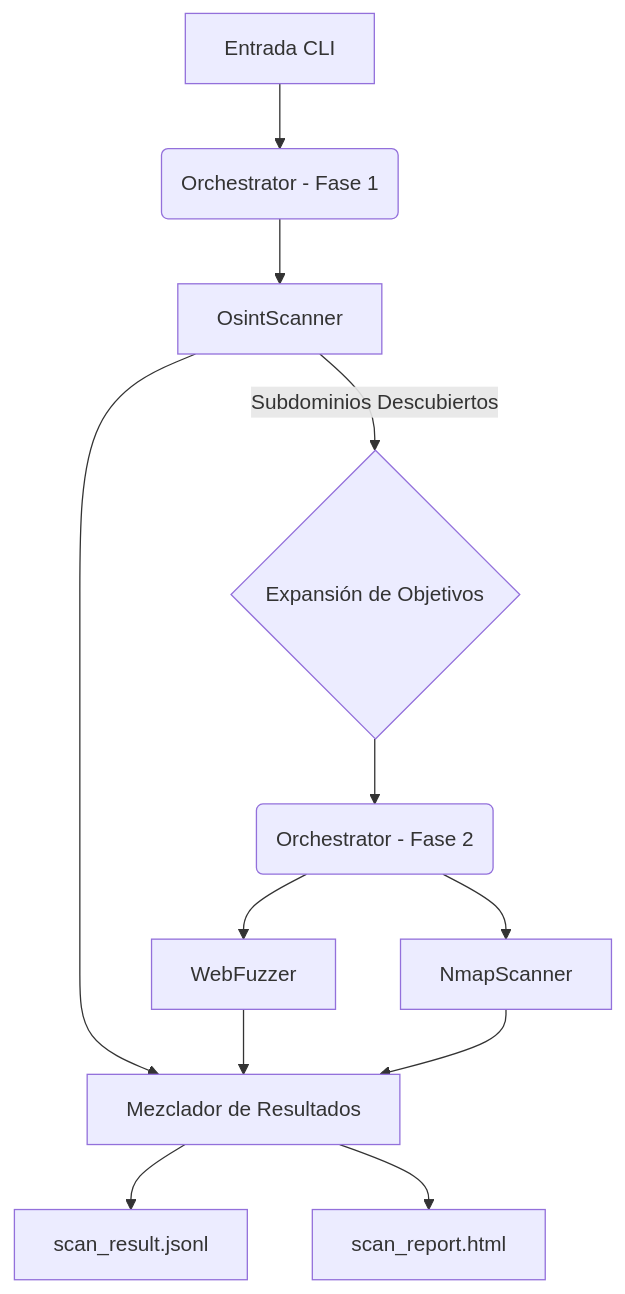
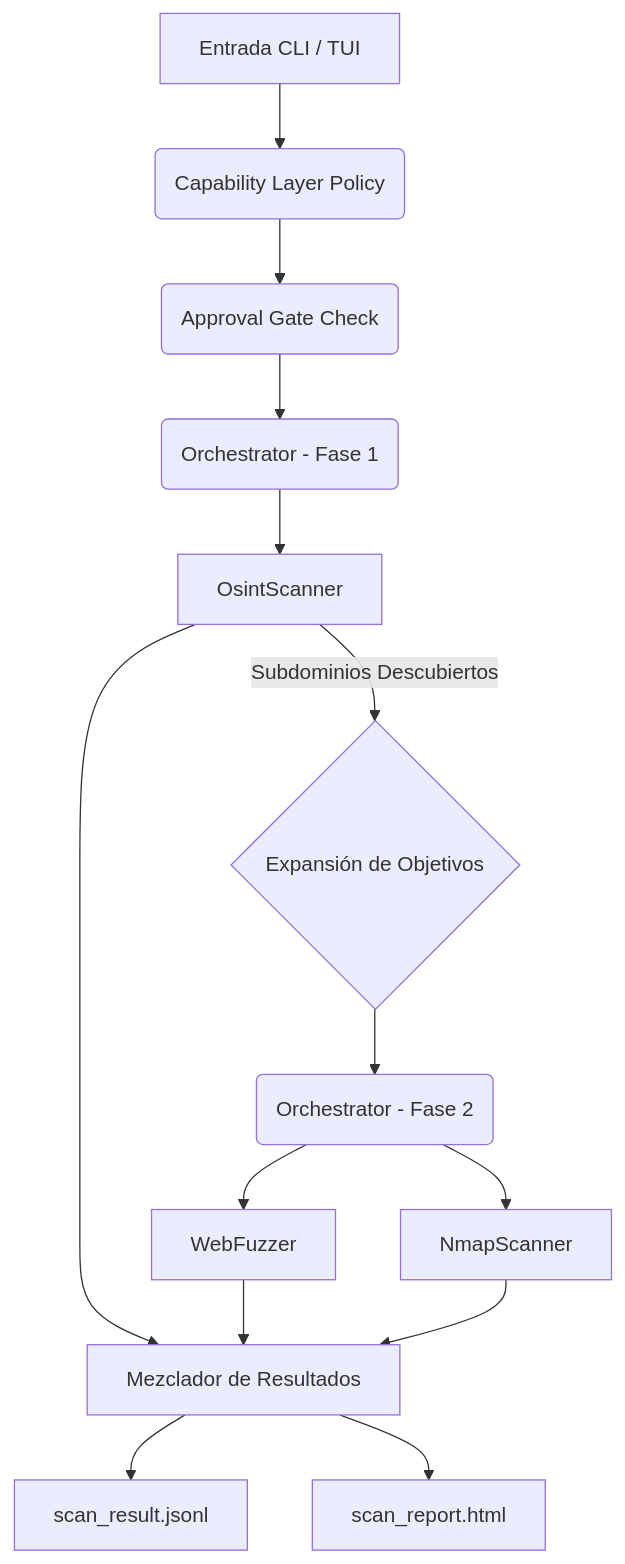
The diagram in README.md (kripiman/OsintUltimate), drawn with Mermaid before and after one commit. The commit also changed other lines of this file and 74 other files, not shown here.

````diff
--- a/README.md
+++ b/README.md
@@ -147,14 +245,16 @@
 ```mermaid
 graph TD
-    A[Entrada CLI] --> B(Orchestrator - Fase 1)
-    B --> C[OsintScanner]
-    C -- Subdominios Descubiertos --> D{Expansión de Objetivos}
-    D --> E(Orchestrator - Fase 2)
-    E --> F[WebFuzzer]
-    E --> G[NmapScanner]
-    C --> H[Mezclador de Resultados]
-    F --> H
-    G --> H
-    H --> I[scan_result.jsonl]
-    H --> J[scan_report.html]
+    A[Entrada CLI / TUI] --> B(Capability Layer Policy)
+    B --> C(Approval Gate Check)
+    C --> D(Orchestrator - Fase 1)
+    D --> E[OsintScanner]
+    E -- Subdominios Descubiertos --> F{Expansión de Objetivos}
+    F --> G(Orchestrator - Fase 2)
+    G --> H[WebFuzzer]
+    G --> I[NmapScanner]
+    E --> J[Mezclador de Resultados]
+    H --> J
+    I --> J
+    J --> K[scan_result.jsonl]
+    J --> L[scan_report.html]
 ```
````
